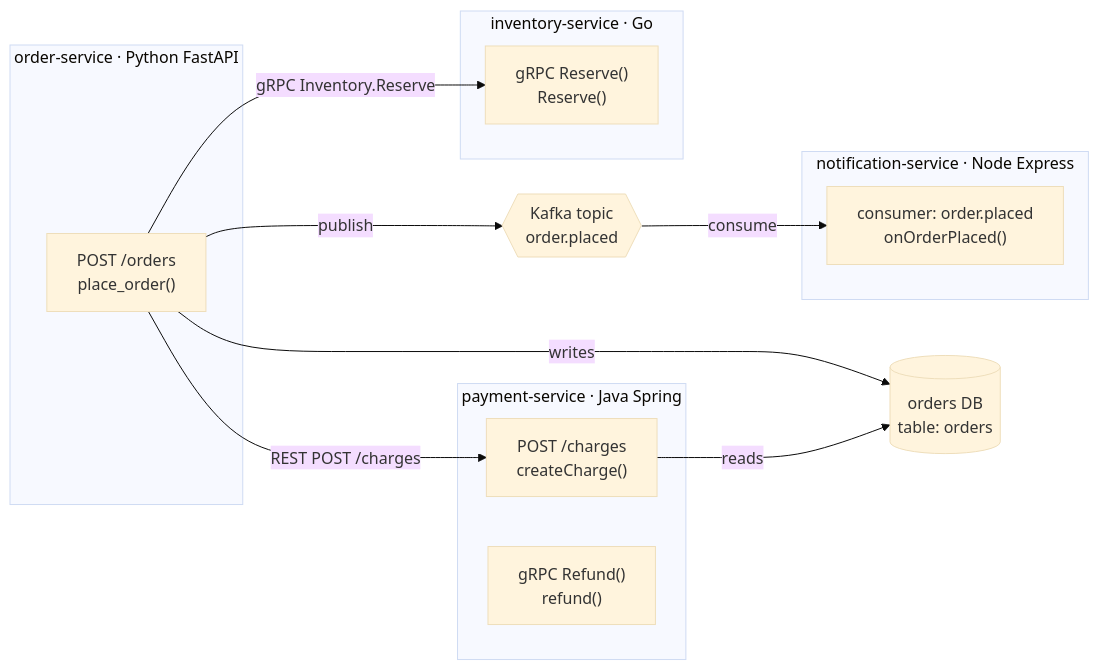
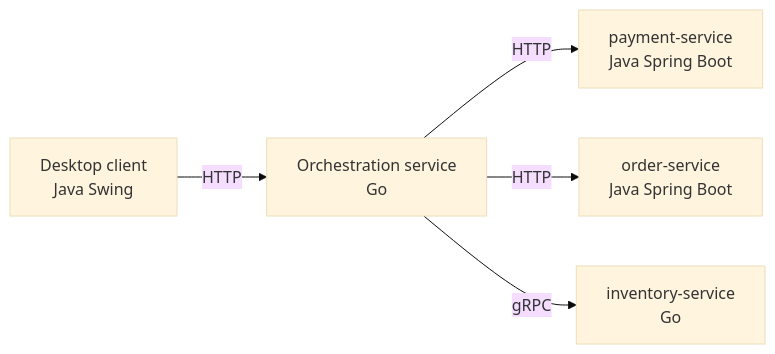
The first of 4 diagrams in MULTI_SERVICE_DESIGN.md (SayantanBong007/-Kitsune), drawn with Mermaid (base theme) before and after one commit. The commit also changed other lines of this file, not shown here.

Commit message:
Rewrite multi-service design as a proposal for architecture review

````diff
--- a/MULTI_SERVICE_DESIGN.md
+++ b/MULTI_SERVICE_DESIGN.md
@@ -56,25 +38,7 @@
 ```mermaid
 graph LR
-    subgraph order["order-service · Python FastAPI"]
-        O1["POST /orders<br/>place_order()"]
-    end
-    subgraph payment["payment-service · Java Spring"]
-        P1["POST /charges<br/>createCharge()"]
-        P2["gRPC Refund()<br/>refund()"]
-    end
-    subgraph inventory["inventory-service · Go"]
-        I1["gRPC Reserve()<br/>Reserve()"]
-    end
-    subgraph notify["notification-service · Node Express"]
-        N1["consumer: order.placed<br/>onOrderPlaced()"]
-    end
-    DB[("orders DB<br/>table: orders")]
-    K{{"Kafka topic<br/>order.placed"}}
-
-    O1 -- "REST POST /charges" --> P1
-    O1 -- "gRPC Inventory.Reserve" --> I1
-    O1 -- "publish" --> K
-    K -- "consume" --> N1
-    O1 -- "writes" --> DB
-    P1 -- "reads" --> DB
+    SW["Desktop client<br/>Java Swing"] -->|"HTTP"| OR["Orchestration service<br/>Go"]
+    OR -->|"HTTP"| PAY["payment-service<br/>Java Spring Boot"]
+    OR -->|"HTTP"| ORD["order-service<br/>Java Spring Boot"]
+    OR -->|"gRPC"| INV["inventory-service<br/>Go"]
 ```
````
